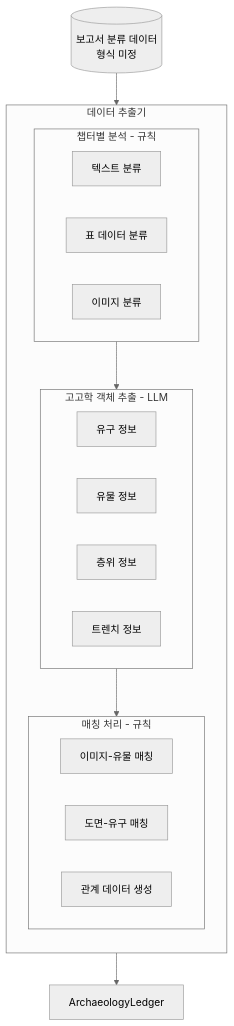
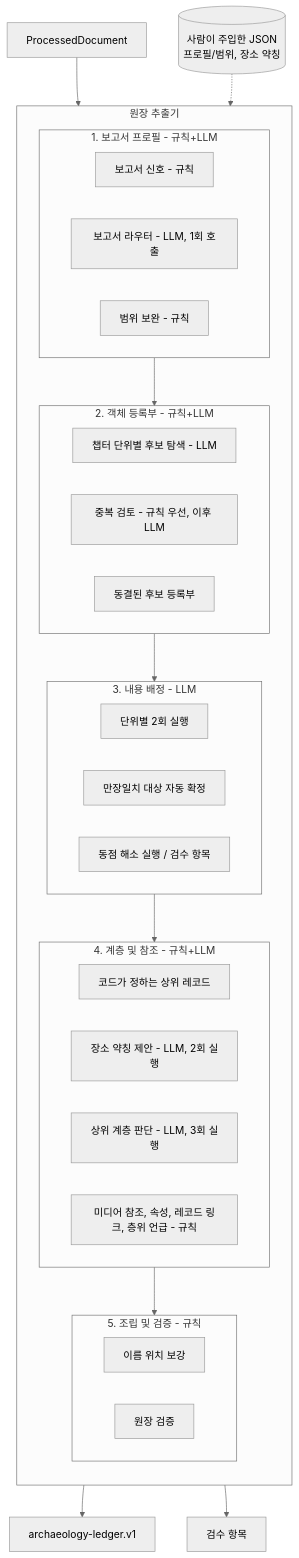
Before and after one commit to heripo-lab/heripo-engine: the fifth of 6 diagrams in docs/architecture.ko.md, drawn with Mermaid (neutral theme). The commit also changed other lines of this file and 7 other files, not shown here.

````diff
--- a/docs/architecture.ko.md
+++ b/docs/architecture.ko.md
@@ -356,30 +371,43 @@
 ```mermaid
 flowchart TB
-    subgraph DataExtractor[데이터 추출기]
+    subgraph LedgerExtractor[원장 추출기]
         direction TB
 
-        subgraph Analysis[챕터별 분석 - 규칙]
-            A1[텍스트 분류]
-            A2[표 데이터 분류]
-            A3[이미지 분류]
+        subgraph Profile[1. 보고서 프로필 - 규칙+LLM]
+            R1[보고서 신호 - 규칙]
+            R2[보고서 라우터 - LLM, 1회 호출]
+            R3[범위 보완 - 규칙]
         end
 
-        subgraph Extract[고고학 객체 추출 - LLM]
-            E1[유구 정보]
-            E2[유물 정보]
-            E3[층위 정보]
-            E4[트렌치 정보]
+        subgraph Registry[2. 객체 등록부 - 규칙+LLM]
+            D1[챕터 단위별 후보 탐색 - LLM]
+            D2[중복 검토 - 규칙 우선, 이후 LLM]
+            D3[동결된 후보 등록부]
         end
 
-        subgraph Match[매칭 처리 - 규칙]
-            M1[이미지-유물 매칭]
-            M2[도면-유구 매칭]
-            M3[관계 데이터 생성]
+        subgraph Attach[3. 내용 배정 - LLM]
+            A1[단위별 2회 실행]
+            A2[만장일치 대상 자동 확정]
+            A3[동점 해소 실행 / 검수 항목]
         end
 
-        Analysis --> Extract --> Match
+        subgraph Relate[4. 계층 및 참조 - 규칙+LLM]
+            P1[코드가 정하는 상위 레코드]
+            P2[장소 약칭 제안 - LLM, 2회 실행]
+            P3[상위 계층 판단 - LLM, 3회 실행]
+            P4[미디어 참조, 속성, 레코드 링크, 층위 언급 - 규칙]
+        end
+
+        subgraph Validate[5. 조립 및 검증 - 규칙]
+            V1[이름 위치 보강]
+            V2[원장 검증]
+        end
+
+        Profile --> Registry --> Attach --> Relate --> Validate
     end
 
-    Classified[(보고서 분류 데이터<br/>형식 미정)] --> DataExtractor
-    DataExtractor --> LedgerData[ArchaeologyLedger]
+    Processed[ProcessedDocument] --> LedgerExtractor
+    Person[(사람이 주입한 JSON<br/>프로필/범위, 장소 약칭)] -.-> LedgerExtractor
+    LedgerExtractor --> LedgerData[archaeology-ledger.v1]
+    LedgerExtractor --> Review[검수 항목]
 ```
````
